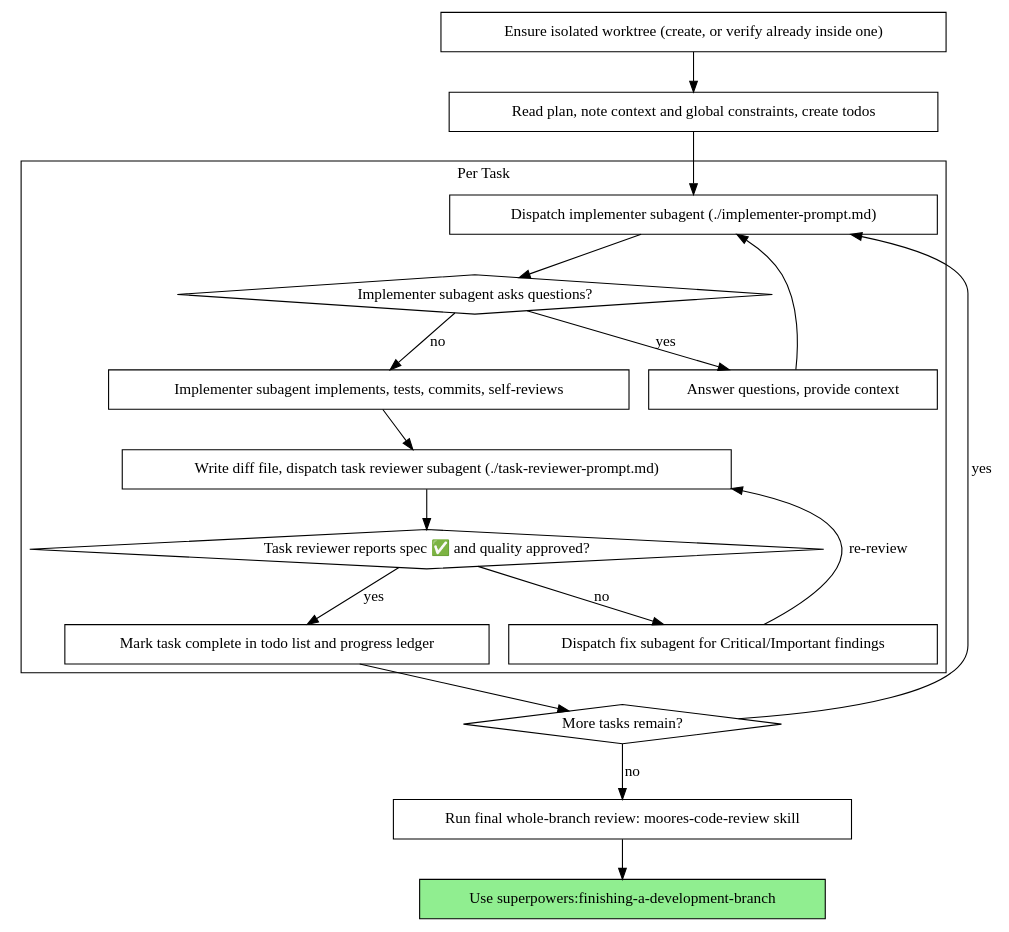
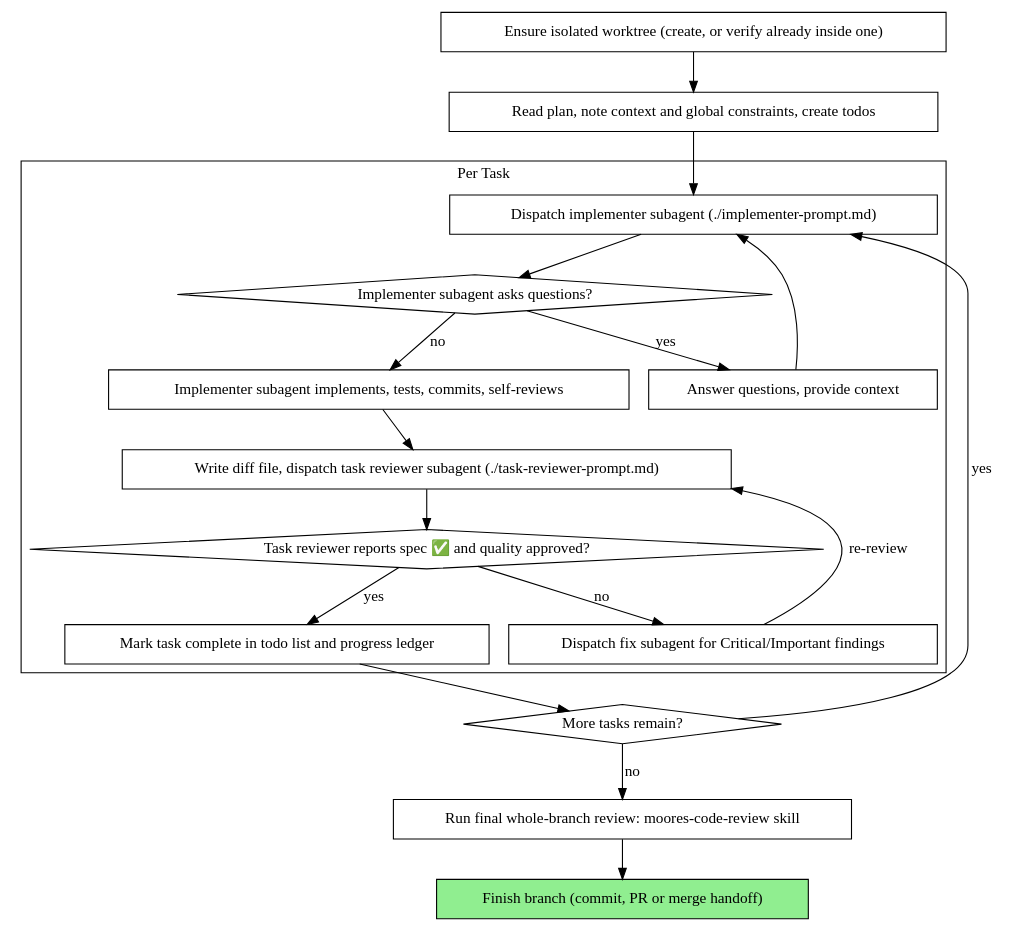
The second of 2 diagrams in .agents/skills/subagent-driven-development/SKILL.md (moorestech/moorestech), drawn with Graphviz before and after one commit. The commit also changed other lines of this file and 1 other file, not shown here.

First line of the commit message:
skills: 実体の無い superpowers:* 参照を解消し重複スキルの正本をrepo側へ寄せる

````diff
--- a/.agents/skills/subagent-driven-development/SKILL.md
+++ b/.agents/skills/subagent-driven-development/SKILL.md
@@ -123,39 +123,39 @@
 ```dot
 digraph process {
     rankdir=TB;
 
     subgraph cluster_per_task {
         label="Per Task";
         "Dispatch implementer subagent (./implementer-prompt.md)" [shape=box];
         "Implementer subagent asks questions?" [shape=diamond];
         "Answer questions, provide context" [shape=box];
         "Implementer subagent implements, tests, commits, self-reviews" [shape=box];
         "Write diff file, dispatch task reviewer subagent (./task-reviewer-prompt.md)" [shape=box];
         "Task reviewer reports spec ✅ and quality approved?" [shape=diamond];
         "Dispatch fix subagent for Critical/Important findings" [shape=box];
         "Mark task complete in todo list and progress ledger" [shape=box];
     }
 
     "Ensure isolated worktree (create, or verify already inside one)" [shape=box];
     "Read plan, note context and global constraints, create todos" [shape=box];
     "More tasks remain?" [shape=diamond];
     "Run final whole-branch review: moores-code-review skill" [shape=box];
-    "Use superpowers:finishing-a-development-branch" [shape=box style=filled fillcolor=lightgreen];
+    "Finish branch (commit, PR or merge handoff)" [shape=box style=filled fillcolor=lightgreen];
 
     "Ensure isolated worktree (create, or verify already inside one)" -> "Read plan, note context and global constraints, create todos";
     "Read plan, note context and global constraints, create todos" -> "Dispatch implementer subagent (./implementer-prompt.md)";
     "Dispatch implementer subagent (./implementer-prompt.md)" -> "Implementer subagent asks questions?";
     "Implementer subagent asks questions?" -> "Answer questions, provide context" [label="yes"];
     "Answer questions, provide context" -> "Dispatch implementer subagent (./implementer-prompt.md)";
     "Implementer subagent asks questions?" -> "Implementer subagent implements, tests, commits, self-reviews" [label="no"];
     "Implementer subagent implements, tests, commits, self-reviews" -> "Write diff file, dispatch task reviewer subagent (./task-reviewer-prompt.md)";
     "Write diff file, dispatch task reviewer subagent (./task-reviewer-prompt.md)" -> "Task reviewer reports spec ✅ and quality approved?";
     "Task reviewer reports spec ✅ and quality approved?" -> "Dispatch fix subagent for Critical/Important findings" [label="no"];
     "Dispatch fix subagent for Critical/Important findings" -> "Write diff file, dispatch task reviewer subagent (./task-reviewer-prompt.md)" [label="re-review"];
     "Task reviewer reports spec ✅ and quality approved?" -> "Mark task complete in todo list and progress ledger" [label="yes"];
     "Mark task complete in todo list and progress ledger" -> "More tasks remain?";
     "More tasks remain?" -> "Dispatch implementer subagent (./implementer-prompt.md)" [label="yes"];
     "More tasks remain?" -> "Run final whole-branch review: moores-code-review skill" [label="no"];
-    "Run final whole-branch review: moores-code-review skill" -> "Use superpowers:finishing-a-development-branch";
+    "Run final whole-branch review: moores-code-review skill" -> "Finish branch (commit, PR or merge handoff)";
 }
 ```
````
